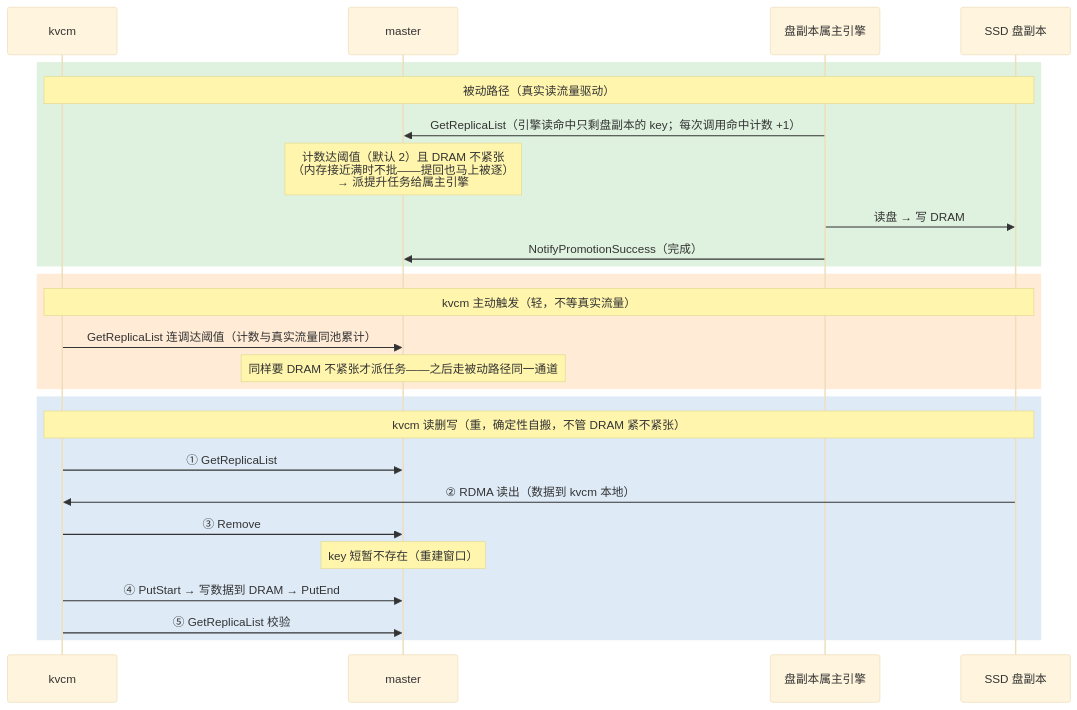
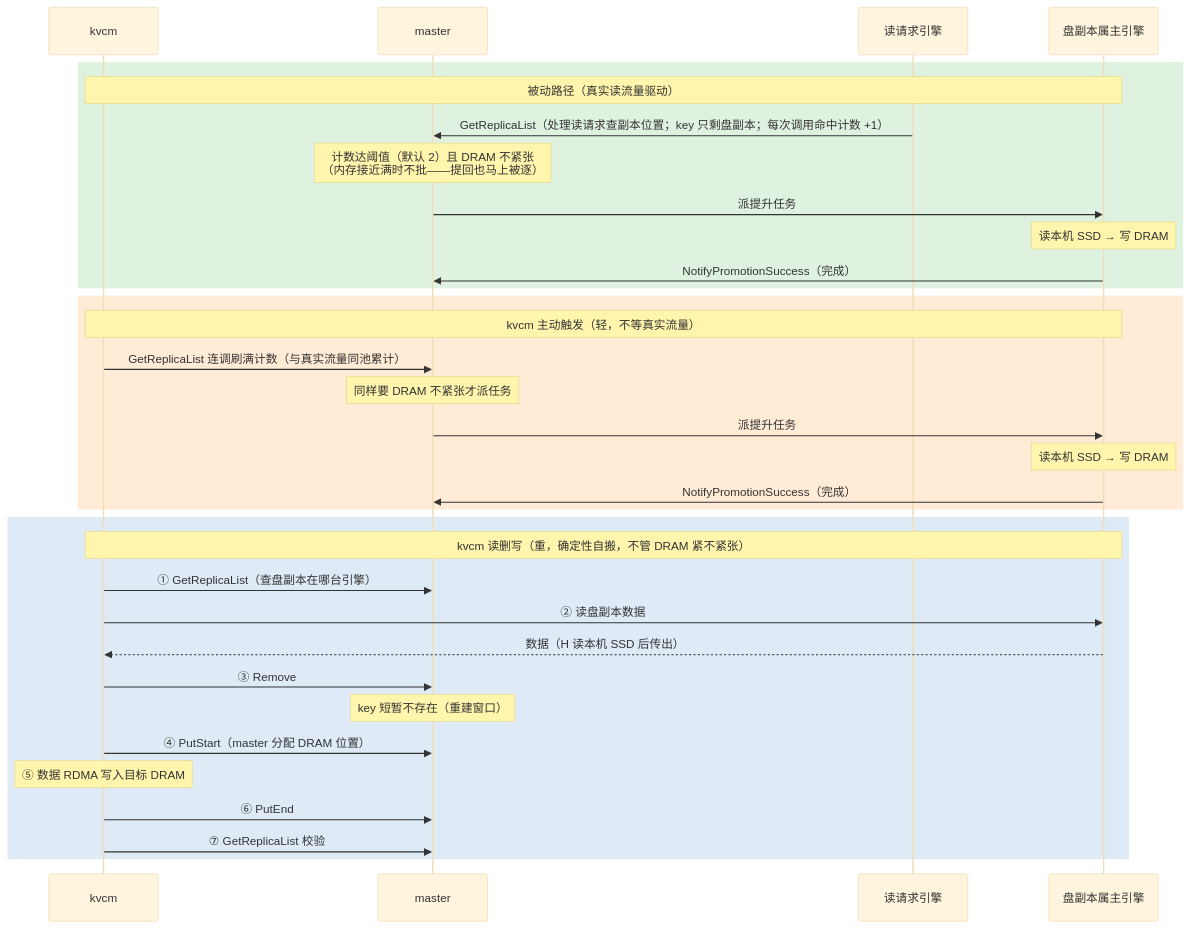
The seventh of 10 diagrams in kvcm/D2-kv-operations.md (5x8-40/lake), drawn with Mermaid (base theme) before and after one commit. The commit also changed other lines of this file and 1 other file, not shown here.

Commit message:
docs(kvcm): 修正图④⑤⑥角色与数据流，PR 全审收尾
- 图⑥ promote 重画：被动路径的 GetReplicaList 调用者是读请求引擎
  （处理请求查副本位置），master 再把提升任务派给盘副本属主引擎，
  两者是不同机器，原图混为一个角色自查自派；三路径搬运链路全部
  画全（触发段不再省略显主引擎读盘写 DRAM）；数据位置（SSD）不再
  充当发数据的参与者
- 图⑤ demote 补齐机制环：写回段补「master 驱逐选中→派 offload
  任务给副本所在引擎」；远期段数据读改「kvcm 发起→引擎响应」
- 图④ pin 同修：KV 副本（DRAM seg）不是会发数据的角色，改引擎 A；
  读改请求-响应两箭；写回改 Note（PutStart 重新分配位置，目标引擎
  不定）
- §1 操作分类表述修正：demote 无「主动触发」路径，改「池通道或
  kvcm 读写组合」；「促成与等待」改「落盘时机（只能促、不能定）」
- backlog 同步；mermaid 配对 10/10 OK

````diff
--- a/kvcm/D2-kv-operations.md
+++ b/kvcm/D2-kv-operations.md
@@ -462,31 +466,38 @@
 ```mermaid
 sequenceDiagram
     participant K as kvcm
     participant M as master
+    participant R as 读请求引擎
     participant H as 盘副本属主引擎
-    participant S as SSD 盘副本
 
     rect rgb(223, 242, 223)
-    Note over K,S: 被动路径（真实读流量驱动）
-    H->>M: GetReplicaList（引擎读命中只剩盘副本的 key；每次调用命中计数 +1）
-    Note over M: 计数达阈值（默认 2）且 DRAM 不紧张<br/>（内存接近满时不批——提回也马上被逐）<br/>→ 派提升任务给属主引擎
-    H->>S: 读盘 → 写 DRAM
+    Note over K,H: 被动路径（真实读流量驱动）
+    R->>M: GetReplicaList（处理读请求查副本位置；key 只剩盘副本；每次调用命中计数 +1）
+    Note over M: 计数达阈值（默认 2）且 DRAM 不紧张<br/>（内存接近满时不批——提回也马上被逐）
+    M->>H: 派提升任务
+    Note over H: 读本机 SSD → 写 DRAM
     H->>M: NotifyPromotionSuccess（完成）
     end
 
     rect rgb(255, 235, 214)
-    Note over K,S: kvcm 主动触发（轻，不等真实流量）
-    K->>M: GetReplicaList 连调达阈值（计数与真实流量同池累计）
-    Note over M: 同样要 DRAM 不紧张才派任务——之后走被动路径同一通道
+    Note over K,H: kvcm 主动触发（轻，不等真实流量）
+    K->>M: GetReplicaList 连调刷满计数（与真实流量同池累计）
+    Note over M: 同样要 DRAM 不紧张才派任务
+    M->>H: 派提升任务
+    Note over H: 读本机 SSD → 写 DRAM
+    H->>M: NotifyPromotionSuccess（完成）
     end
 
     rect rgb(222, 235, 247)
-    Note over K,S: kvcm 读删写（重，确定性自搬，不管 DRAM 紧不紧张）
-    K->>M: ① GetReplicaList
-    S->>K: ② RDMA 读出（数据到 kvcm 本地）
+    Note over K,H: kvcm 读删写（重，确定性自搬，不管 DRAM 紧不紧张）
+    K->>M: ① GetReplicaList（查盘副本在哪台引擎）
+    K->>H: ② 读盘副本数据
+    H-->>K: 数据（H 读本机 SSD 后传出）
     K->>M: ③ Remove
     Note over M: key 短暂不存在（重建窗口）
-    K->>M: ④ PutStart → 写数据到 DRAM → PutEnd
-    K->>M: ⑤ GetReplicaList 校验
+    K->>M: ④ PutStart（master 分配 DRAM 位置）
+    Note over K: ⑤ 数据 RDMA 写入目标 DRAM
+    K->>M: ⑥ PutEnd
+    K->>M: ⑦ GetReplicaList 校验
     end
 ```
````
